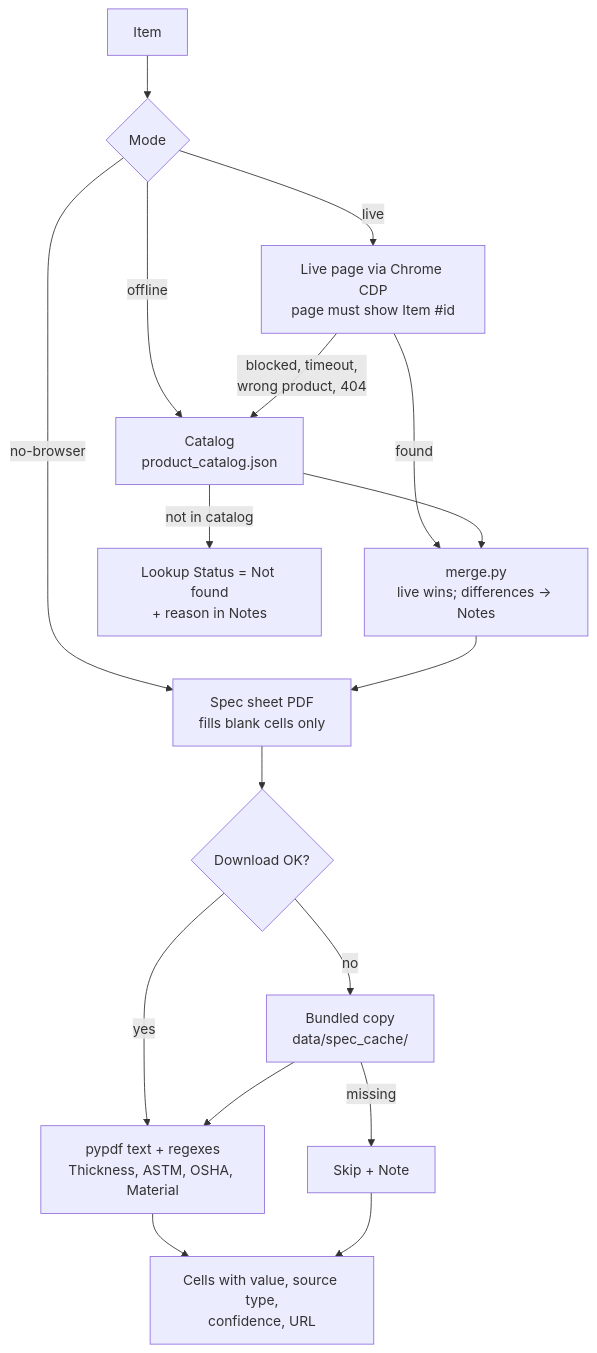
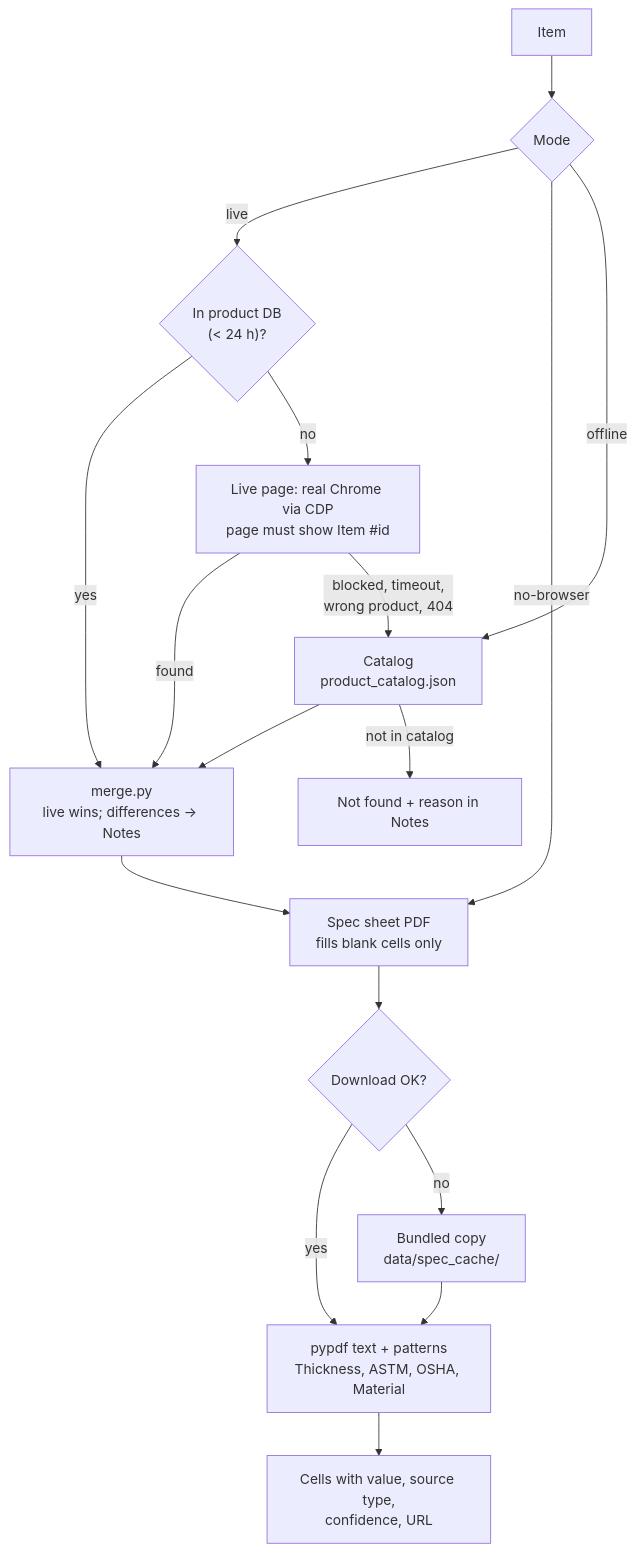
Before and after one commit to Prajwaljb/AutoRFQ: the fourth of 10 diagrams in document.md, drawn with Mermaid. The commit also changed other lines of this file and 14 other files, not shown here.

````diff
--- a/document.md
+++ b/document.md
@@ -173,20 +172,19 @@
 ```mermaid
 flowchart TD
     I["Item"] --> M{"Mode"}
-    M -->|live| LV["Live page via Chrome CDP<br/>page must show Item #id"]
+    M -->|live| DBQ{"In product DB<br/>(< 24 h)?"}
+    DBQ -->|yes| MG
+    DBQ -->|no| LV["Live page: real Chrome via CDP<br/>page must show Item #id"]
     M -->|no-browser| SP
     M -->|offline| CT
-
     LV -->|found| MG
     LV -->|blocked, timeout,<br/>wrong product, 404| CT["Catalog<br/>product_catalog.json"]
     CT --> MG["merge.py<br/>live wins; differences → Notes"]
     MG --> SP["Spec sheet PDF<br/>fills blank cells only"]
     SP --> DL{"Download OK?"}
-    DL -->|yes| RD["pypdf text + regexes<br/>Thickness, ASTM, OSHA, Material"]
+    DL -->|yes| RD["pypdf text + patterns<br/>Thickness, ASTM, OSHA, Material"]
     DL -->|no| BC["Bundled copy<br/>data/spec_cache/"]
     BC --> RD
-    BC -->|missing| SK["Skip + Note"]
     RD --> RES["Cells with value, source type,<br/>confidence, URL"]
-    SK --> RES
-    CT -->|not in catalog| NF["Lookup Status = Not found<br/>+ reason in Notes"]
+    CT -->|not in catalog| NF["Not found + reason in Notes"]
 ```
````
